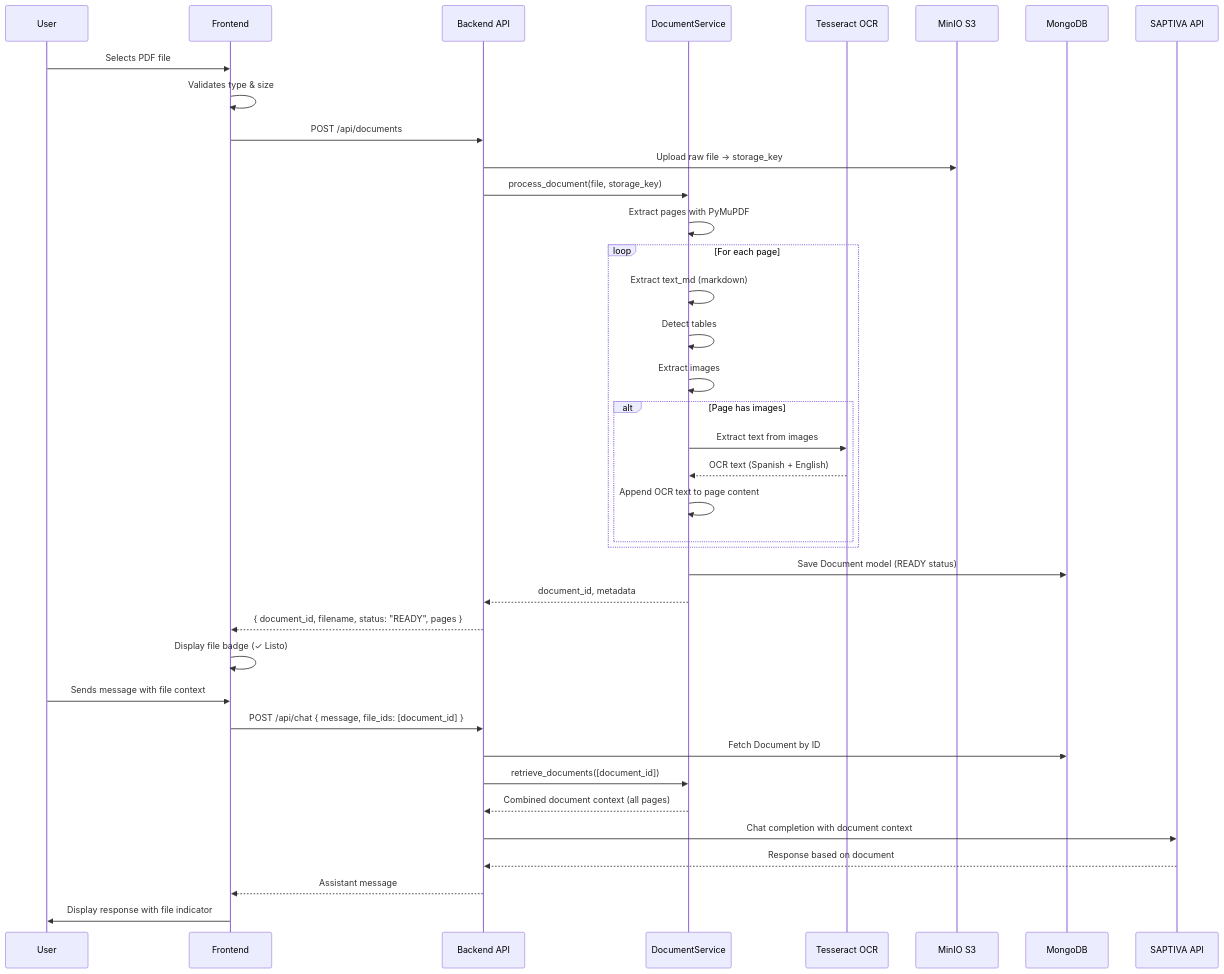
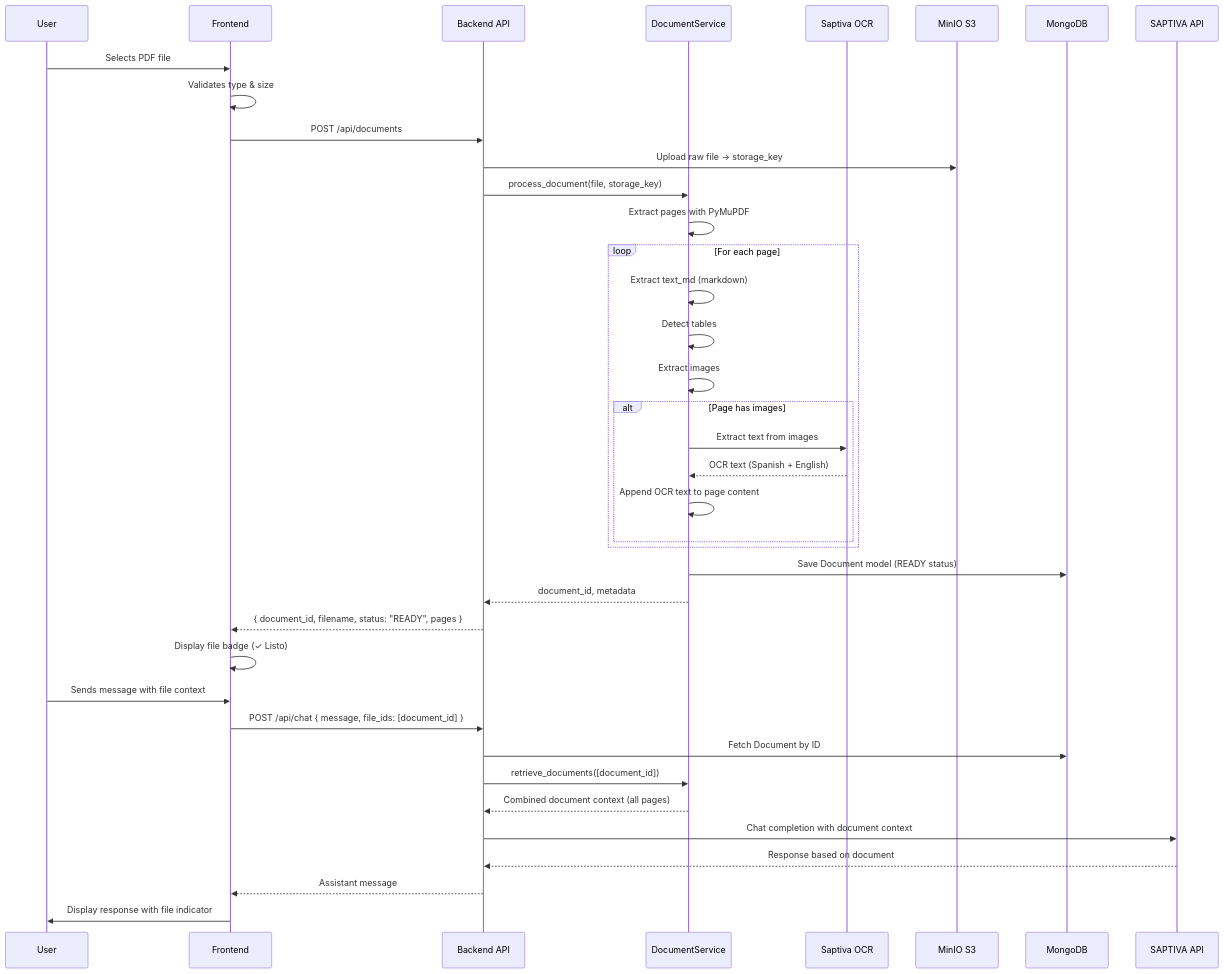
Before and after one commit to saptiva-ai/copilotos-bridge: the seventh of 9 diagrams in README.md, drawn with Mermaid. The commit also changed other lines of this file and 2 other files, not shown here.

Commit message:
get better README.md

````diff
--- a/README.md
+++ b/README.md
@@ -1229,51 +1229,51 @@
 ```mermaid
 sequenceDiagram
     participant U as User
     participant F as Frontend
     participant API as Backend API
     participant DS as DocumentService
-    participant OCR as Tesseract OCR
+    participant OCR as Saptiva OCR
     participant Minio as MinIO S3
     participant DB as MongoDB
     participant LLM as SAPTIVA API
 
     U->>F: Selects PDF file
     F->>F: Validates type & size
     F->>API: POST /api/documents
 
     API->>Minio: Upload raw file → storage_key
     API->>DS: process_document(file, storage_key)
 
     DS->>DS: Extract pages with PyMuPDF
 
     loop For each page
         DS->>DS: Extract text_md (markdown)
         DS->>DS: Detect tables
         DS->>DS: Extract images
 
         alt Page has images
             DS->>OCR: Extract text from images
             OCR-->>DS: OCR text (Spanish + English)
             DS->>DS: Append OCR text to page content
         end
     end
 
     DS->>DB: Save Document model (READY status)
     DS-->>API: document_id, metadata
     API-->>F: { document_id, filename, status: "READY", pages }
 
     F->>F: Display file badge (✓ Listo)
 
     U->>F: Sends message with file context
     F->>API: POST /api/chat { message, file_ids: [document_id] }
 
     API->>DB: Fetch Document by ID
     API->>DS: retrieve_documents([document_id])
     DS-->>API: Combined document context (all pages)
 
     API->>LLM: Chat completion with document context
     LLM-->>API: Response based on document
     API-->>F: Assistant message
 
     F->>U: Display response with file indicator
 ```
````
